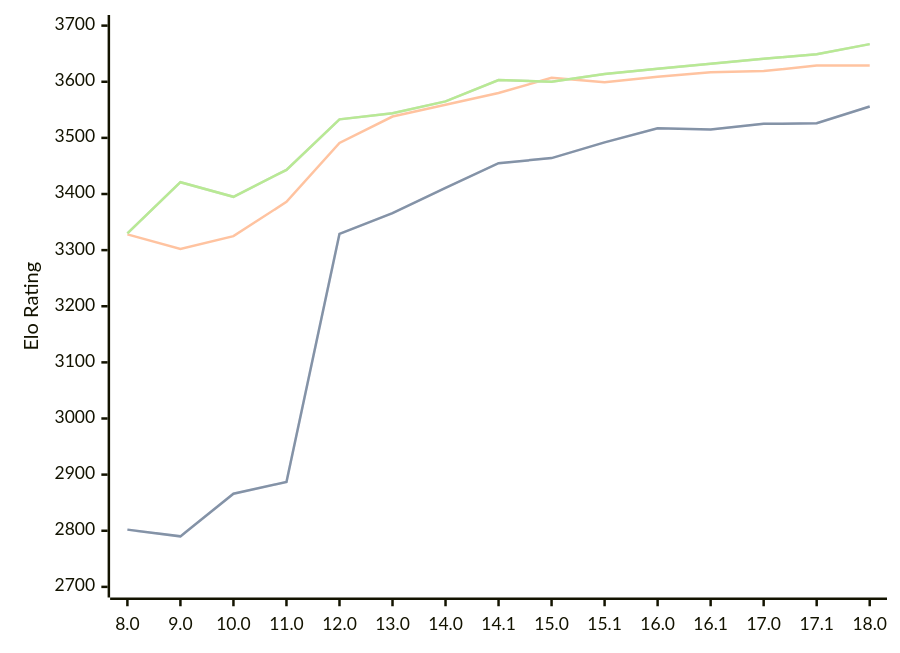
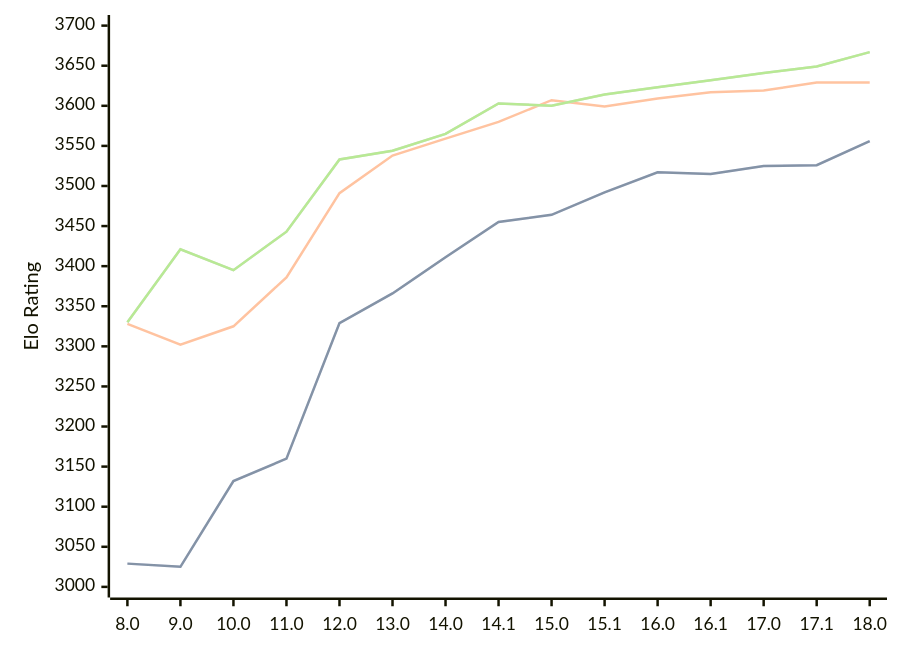
The diagram in engines/Stockfish.md (computer-chess-index/cci), drawn with Mermaid before and after one commit. The commit also changed other lines of this file, not shown here.

Commit message:
Update CCI Ratings (ELO VLTC) - 2026-02-24

````diff
--- a/engines/Stockfish.md
+++ b/engines/Stockfish.md
@@ -44,11 +44,11 @@
 ```mermaid
 %%{init: {"theme":"base","themeVariables":{"seriesColors:['#a3a3a3','#222221','#faa371']}}}%%
 xychart-beta
   x-axis ["8.0", "9.0", "10.0", "11.0", "12.0", "13.0", "14.0", "14.1", "15.0", "15.1", "16.0", "16.1", "17.0", "17.1", "18.0"]
-  y-axis "Elo Rating" 2700 --> 3700
-  line "STC (8.0+0.08s)" [2802, 2790, 2866, 2887, 3329, 3366, 3411, 3455, 3464, 3492, 3517, 3515, 3525, 3526, 3556]
-  line "STC (8.0+0.08s)" [2802, 2790, 2866, 2887, 3329, 3366, 3411, 3455, 3464, 3492, 3517, 3515, 3525, 3526, 3556]
+  y-axis "Elo Rating" 3000 --> 3700
+  line "STC (8.0+0.08s)" [3029, 3025, 3132, 3160, 3329, 3366, 3411, 3455, 3464, 3492, 3517, 3515, 3525, 3526, 3556]
+  line "STC (8.0+0.08s)" [3029, 3025, 3132, 3160, 3329, 3366, 3411, 3455, 3464, 3492, 3517, 3515, 3525, 3526, 3556]
   line "LTC (60.0+0.60s)" [3328, 3302, 3325, 3386, 3491, 3538, 3559, 3580, 3607, 3599, 3609, 3617, 3619, 3629, 3629]
   line "VLTC (2m24s+1.12s)" [3330, 3421, 3395, 3443, 3533, 3544, 3565, 3603, 3600, 3614, 3623, 3632, 3641, 3649, 3667]
   line "VLTC (2m24s+1.12s)" [3330, 3421, 3395, 3443, 3533, 3544, 3565, 3603, 3600, 3614, 3623, 3632, 3641, 3649, 3667]
 ```
````
